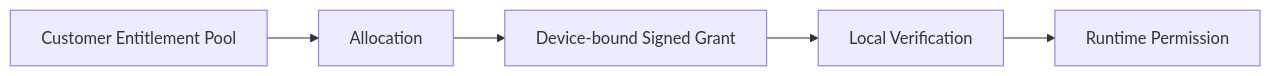
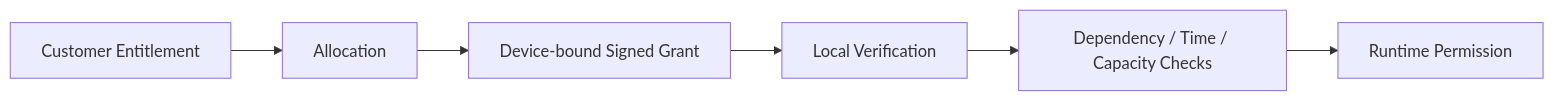
The diagram in docs/licensing/index.md (Niranjan1005/lms), drawn with Mermaid before and after one commit. The commit also changed other lines of this file, not shown here.

Commit message:
docs: deepen licensing architecture overview

```diff
--- a/docs/licensing/index.md
+++ b/docs/licensing/index.md
@@ -3,7 +7,8 @@
 ~~~mermaid
 flowchart LR
-    E[Customer Entitlement Pool] --> A[Allocation]
+    E[Customer Entitlement] --> A[Allocation]
     A --> G[Device-bound Signed Grant]
     G --> V[Local Verification]
-    V --> R[Runtime Permission]
+    V --> C[Dependency / Time / Capacity Checks]
+    C --> R[Runtime Permission]
 ~~~
```
